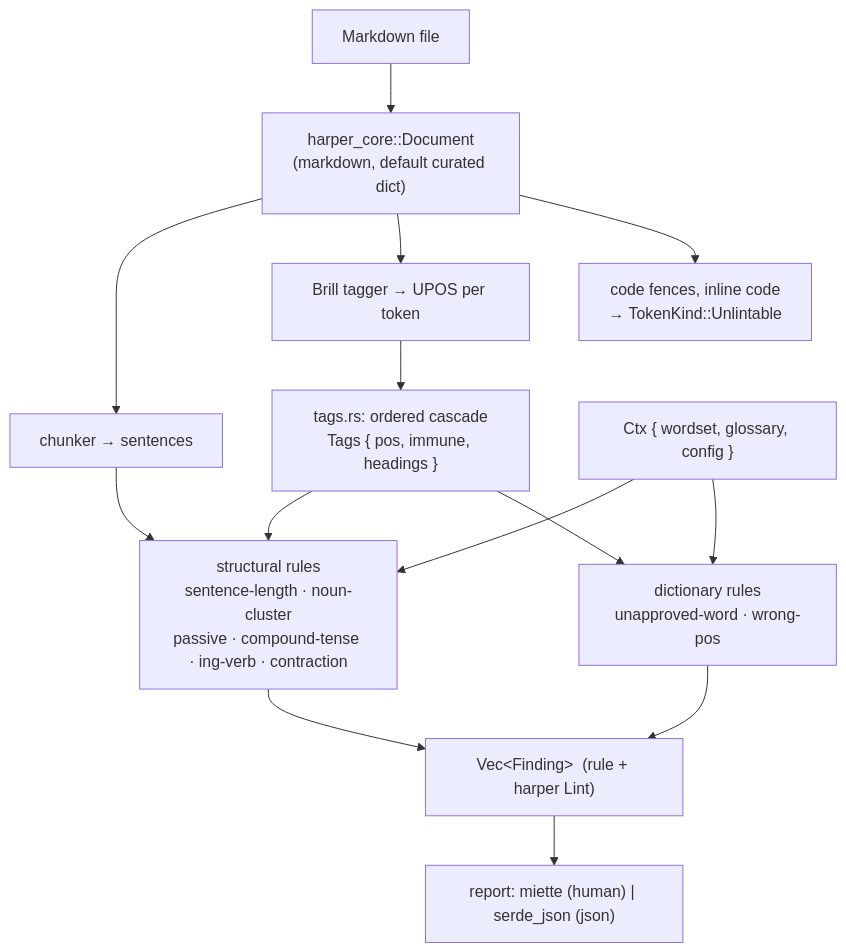
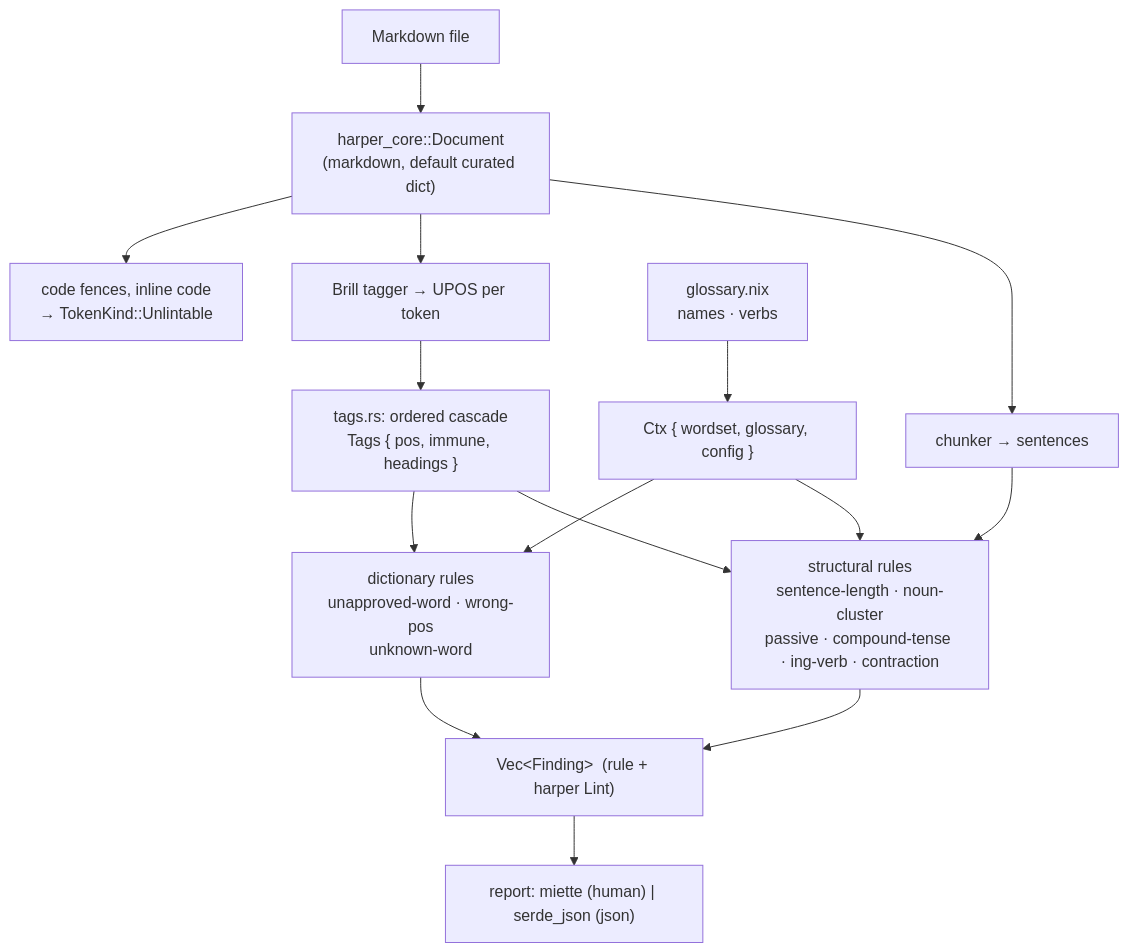
One commit to valeratrades/ste_checker changed the diagram in docs/ARCHITECTURE.md. Above: the diagram before and after it, drawn with Mermaid. The commit also changed other lines of this file and 12 other files, not shown here.

````diff
--- a/docs/ARCHITECTURE.md
+++ b/docs/ARCHITECTURE.md
@@ -3,28 +3,30 @@
 ```mermaid
 flowchart TD
     MD["Markdown file"]
     DOC["harper_core::Document<br/>(markdown, default curated dict)"]
     UNL["code fences, inline code<br/>→ TokenKind::Unlintable"]
     POS["Brill tagger → UPOS per token"]
     CHK["chunker → sentences"]
     TAG["tags.rs: ordered cascade<br/>Tags { pos, immune, headings }"]
     CTX["Ctx { wordset, glossary, config }"]
-    DICT["dictionary rules<br/>unapproved-word · wrong-pos"]
+    GLO["glossary.nix<br/>names · verbs"]
+    DICT["dictionary rules<br/>unapproved-word · wrong-pos<br/>unknown-word"]
     STRUCT["structural rules<br/>sentence-length · noun-cluster<br/>passive · compound-tense · ing-verb · contraction"]
     OUT["Vec&lt;Finding&gt;  (rule + harper Lint)"]
     REP["report: miette (human) | serde_json (json)"]
 
     MD --> DOC
     DOC --> UNL
     DOC --> POS
     DOC --> CHK
     POS --> TAG
     TAG --> DICT
     TAG --> STRUCT
     CHK --> STRUCT
+    GLO --> CTX
     CTX --> DICT
     CTX --> STRUCT
     DICT --> OUT
     STRUCT --> OUT
     OUT --> REP
 ```
````
